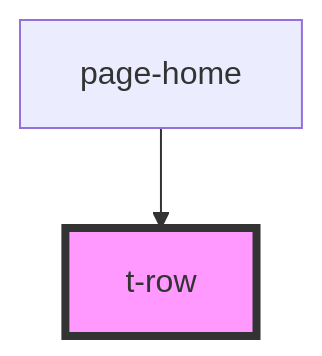
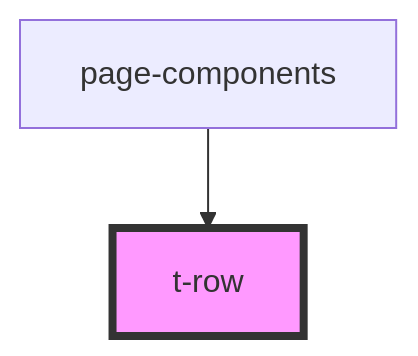
One commit to TomasEng/web-components changed the diagram in packages/stencil/src/components/t-row/readme.md. Above: the diagram before and after it, drawn with Mermaid. The commit also changed other lines of this file and 37 other files, not shown here.

````diff
--- a/packages/stencil/src/components/t-row/readme.md
+++ b/packages/stencil/src/components/t-row/readme.md
@@ -15,5 +15,5 @@
 ```mermaid
 graph TD;
-  page-home --> t-row
+  page-components --> t-row
   style t-row fill:#f9f,stroke:#333,stroke-width:4px
 ```
````
